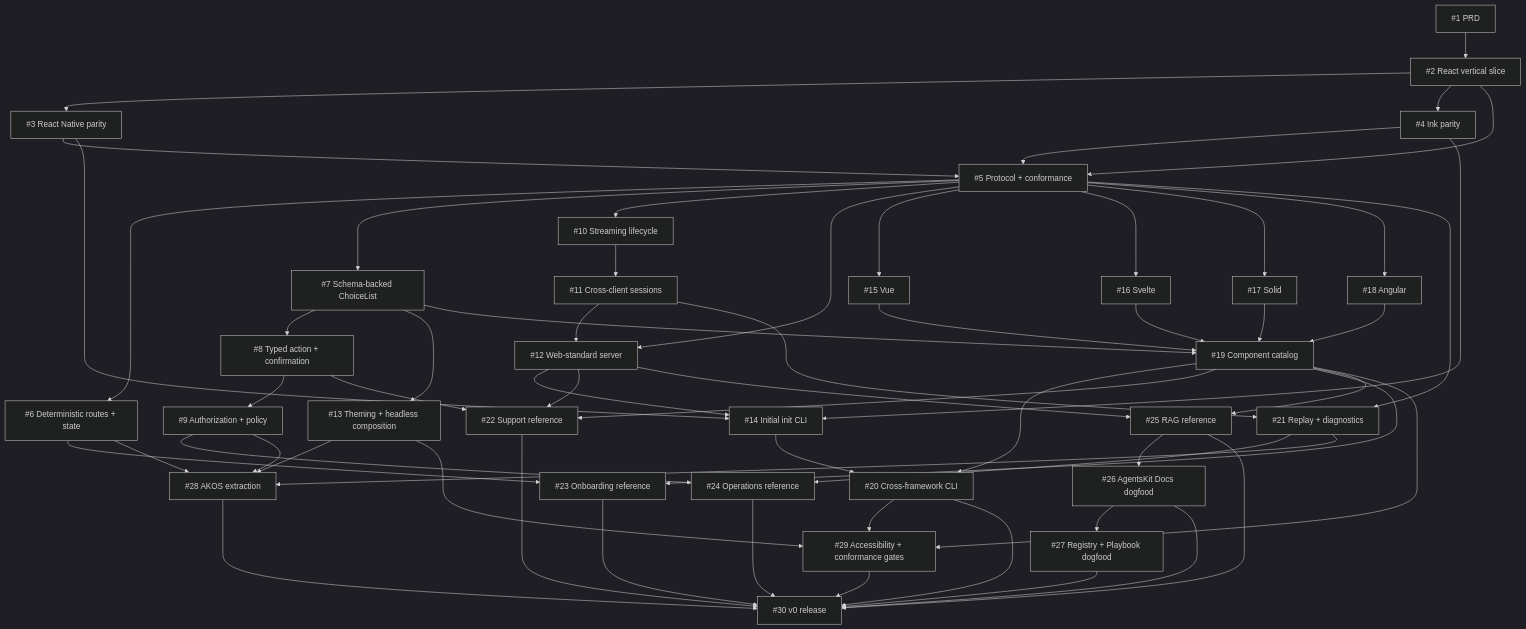
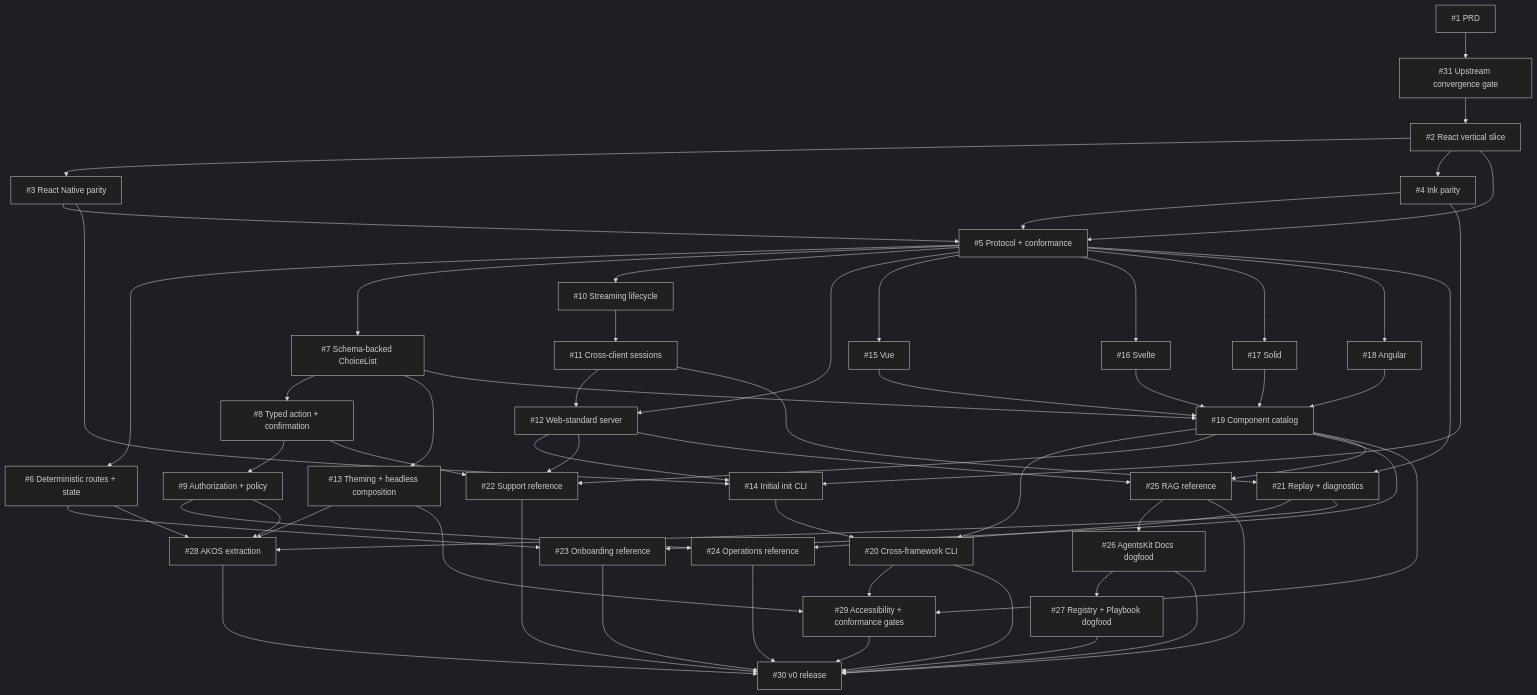
One commit to AgentsKit-io/agentskit-chat changed the diagram in docs/product/roadmap.md. Above: the diagram before and after it, drawn with Mermaid (dark theme). The commit also changed other lines of this file and 10 other files, not shown here.

Commit message:
docs: enforce upstream-first architecture

````diff
--- a/docs/product/roadmap.md
+++ b/docs/product/roadmap.md
@@ -11,68 +11,69 @@
 ```mermaid
 flowchart TD
-  I1["#1 PRD"] --> I2["#2 React vertical slice"]
+  I1["#1 PRD"] --> I31["#31 Upstream convergence gate"]
+  I31 --> I2["#2 React vertical slice"]
   I2 --> I3["#3 React Native parity"]
   I2 --> I4["#4 Ink parity"]
   I2 --> I5["#5 Protocol + conformance"]
   I3 --> I5
   I4 --> I5
 
   I5 --> I6["#6 Deterministic routes + state"]
   I5 --> I7["#7 Schema-backed ChoiceList"]
   I5 --> I10["#10 Streaming lifecycle"]
   I7 --> I8["#8 Typed action + confirmation"]
   I8 --> I9["#9 Authorization + policy"]
   I10 --> I11["#11 Cross-client sessions"]
   I5 --> I12["#12 Web-standard server"]
   I11 --> I12
   I7 --> I13["#13 Theming + headless composition"]
 
   I5 --> I15["#15 Vue"]
   I5 --> I16["#16 Svelte"]
   I5 --> I17["#17 Solid"]
   I5 --> I18["#18 Angular"]
   I7 --> I19["#19 Component catalog"]
   I15 --> I19
   I16 --> I19
   I17 --> I19
   I18 --> I19
 
   I3 --> I14["#14 Initial init CLI"]
   I4 --> I14
   I12 --> I14
   I14 --> I20["#20 Cross-framework CLI"]
   I19 --> I20
 
   I5 --> I21["#21 Replay + diagnostics"]
   I11 --> I21
   I8 --> I22["#22 Support reference"]
   I12 --> I22
   I19 --> I22
   I6 --> I23["#23 Onboarding reference"]
   I19 --> I23
   I9 --> I24["#24 Operations reference"]
   I21 --> I24
   I12 --> I25["#25 RAG reference"]
   I19 --> I25
 
   I25 --> I26["#26 AgentsKit Docs dogfood"]
   I26 --> I27["#27 Registry + Playbook dogfood"]
   I6 --> I28["#28 AKOS extraction"]
   I9 --> I28
   I13 --> I28
   I21 --> I28
 
   I13 --> I29["#29 Accessibility + conformance gates"]
   I19 --> I29
   I20 --> I29
 
   I20 --> I30["#30 v0 release"]
   I22 --> I30
   I23 --> I30
   I24 --> I30
   I25 --> I30
   I26 --> I30
   I27 --> I30
   I28 --> I30
   I29 --> I30
 ```
````
